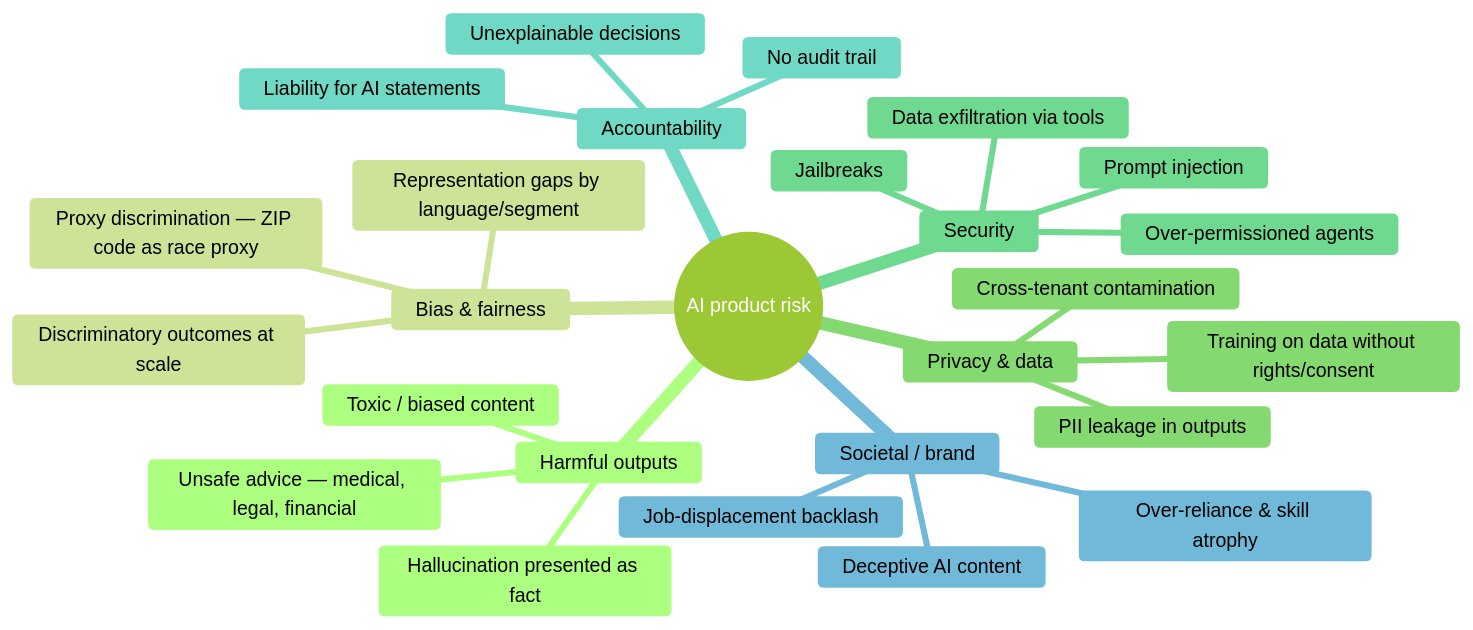
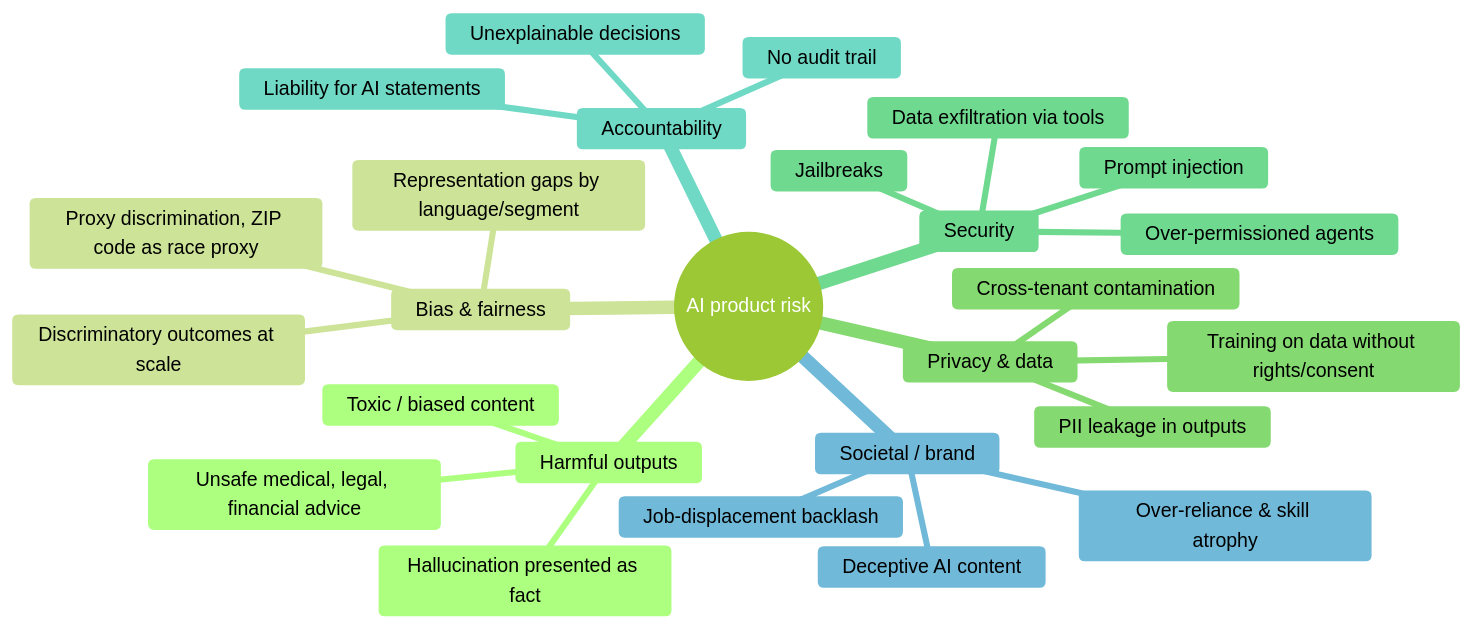
The diagram in 03-product-craft/responsible-ai.md (sugirdadinakar/AI-for-Product-Managers), drawn with Mermaid (forest theme) before and after one commit. The commit also changed other lines of this file and 59 other files, not shown here.

````diff
--- a/03-product-craft/responsible-ai.md
+++ b/03-product-craft/responsible-ai.md
@@ -9,29 +9,29 @@
 ```mermaid
 mindmap
   root((AI product risk))
     Harmful outputs
       Hallucination presented as fact
-      Unsafe advice — medical, legal, financial
+      Unsafe medical, legal, financial advice
       Toxic / biased content
     Bias & fairness
       Discriminatory outcomes at scale
-      Proxy discrimination — ZIP code as race proxy
+      Proxy discrimination, ZIP code as race proxy
       Representation gaps by language/segment
     Privacy & data
       PII leakage in outputs
       Training on data without rights/consent
       Cross-tenant contamination
     Security
       Prompt injection
       Jailbreaks
       Data exfiltration via tools
       Over-permissioned agents
     Accountability
       No audit trail
       Unexplainable decisions
       Liability for AI statements
     Societal / brand
       Job-displacement backlash
       Deceptive AI content
       Over-reliance & skill atrophy
 ```
````
